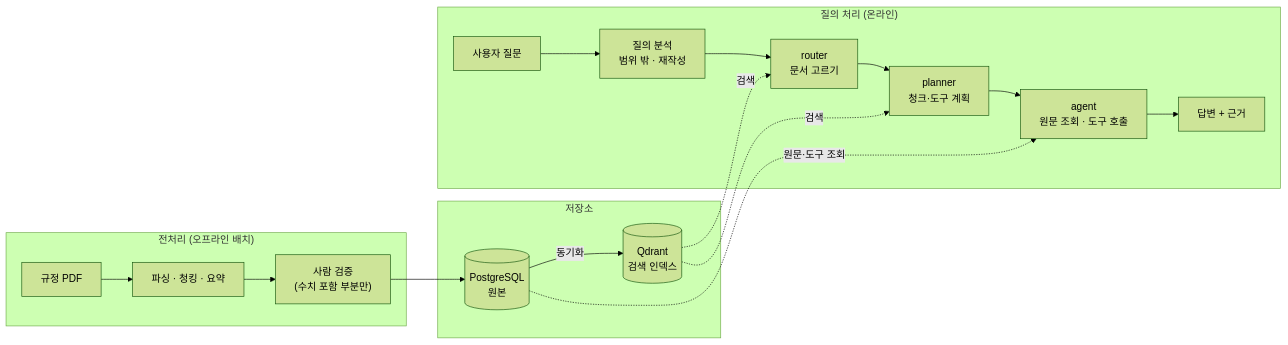
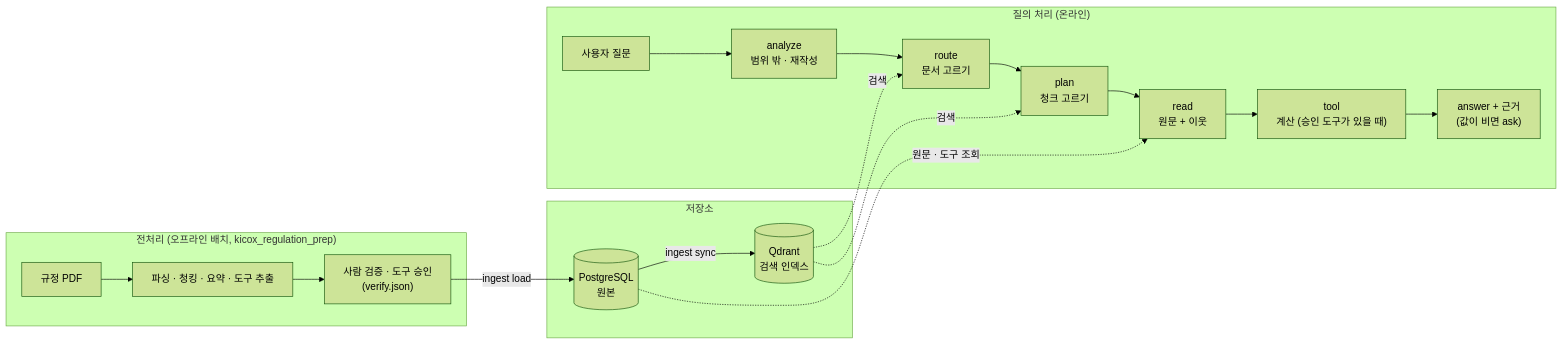
One commit to bbangwon/kicox_poc changed the first of 6 diagrams in docs/RAG_FLOW_OVERVIEW.md. Above: the diagram before and after it, drawn with Mermaid (forest theme). The commit also changed other lines of this file and 9 other files, not shown here.

````diff
--- a/docs/RAG_FLOW_OVERVIEW.md
+++ b/docs/RAG_FLOW_OVERVIEW.md
@@ -14,26 +14,27 @@
 ```mermaid
 flowchart LR
-    subgraph OFF["전처리 (오프라인 배치)"]
-        PDF["규정 PDF"] --> PRE["파싱 · 청킹 · 요약"]
-        PRE --> CHK["사람 검증<br/>(수치 포함 부분만)"]
+    subgraph OFF["전처리 (오프라인 배치, kicox_regulation_prep)"]
+        PDF["규정 PDF"] --> PRE["파싱 · 청킹 · 요약 · 도구 추출"]
+        PRE --> CHK["사람 검증 · 도구 승인<br/>(verify.json)"]
     end
 
     subgraph STORE["저장소"]
         PG[("PostgreSQL<br/>원본")]
         QD[("Qdrant<br/>검색 인덱스")]
-        PG -- 동기화 --> QD
+        PG -- "ingest sync" --> QD
     end
 
     subgraph ON["질의 처리 (온라인)"]
-        Q["사용자 질문"] --> QA["질의 분석<br/>범위 밖 · 재작성"]
-        QA --> R["router<br/>문서 고르기"]
-        R --> P["planner<br/>청크·도구 계획"]
-        P --> A["agent<br/>원문 조회 · 도구 호출"]
-        A --> ANS["답변 + 근거"]
+        Q["사용자 질문"] --> QA["analyze<br/>범위 밖 · 재작성"]
+        QA --> R["route<br/>문서 고르기"]
+        R --> P["plan<br/>청크 고르기"]
+        P --> RD["read<br/>원문 + 이웃"]
+        RD --> T["tool<br/>계산 (승인 도구가 있을 때)"]
+        T --> ANS["answer + 근거<br/>(값이 비면 ask)"]
     end
 
-    CHK --> PG
+    CHK -- "ingest load" --> PG
     QD -. 검색 .-> R
     QD -. 검색 .-> P
-    PG -. 원문·도구 조회 .-> A
+    PG -. "원문 · 도구 조회" .-> RD
 ```
````
